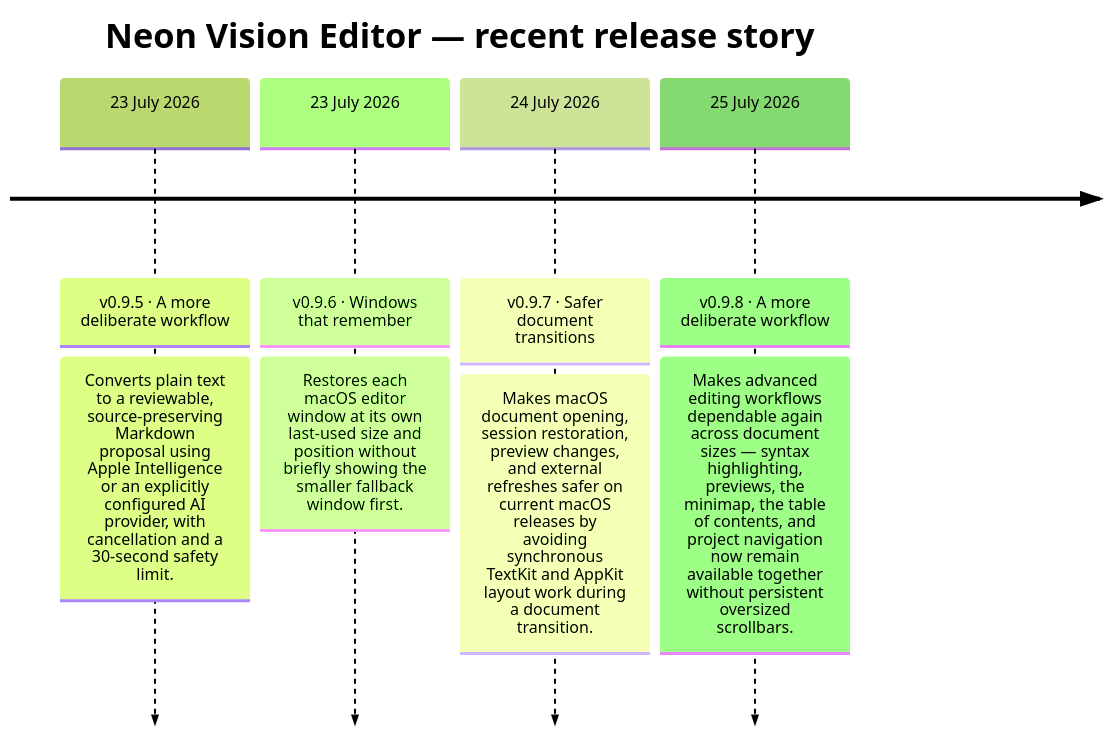
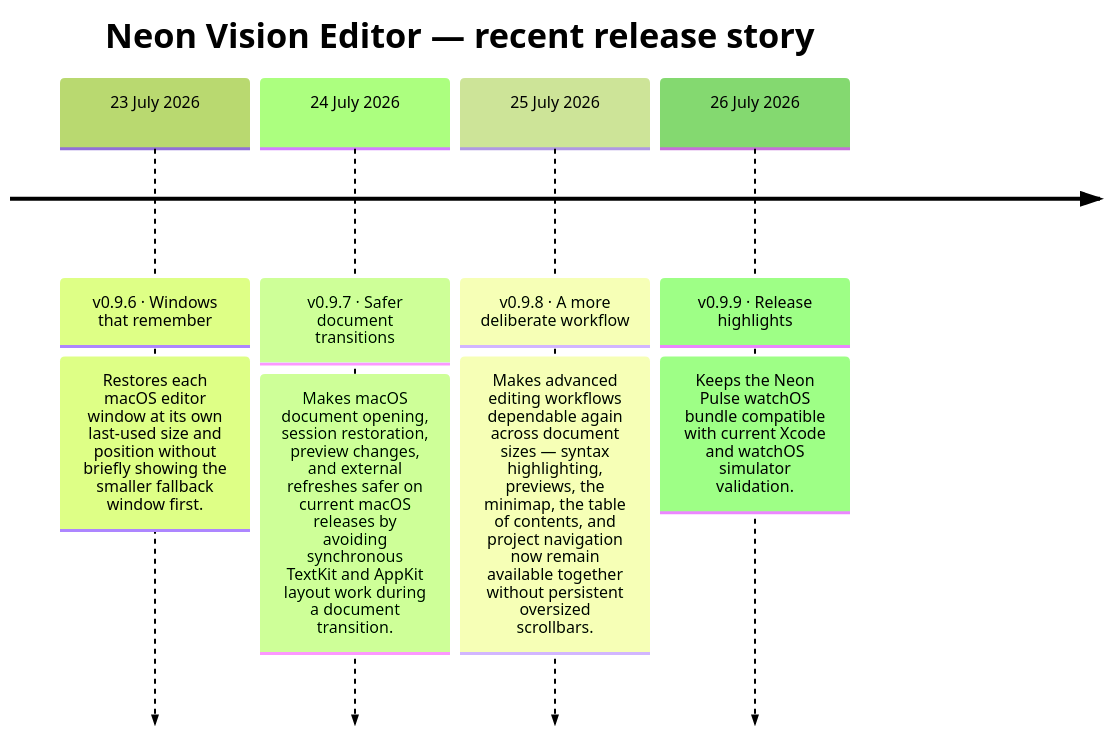
One commit to h3pdesign/Neon-Vision-Editor changed the second of 2 diagrams in README.md. Above: the diagram before and after it, drawn with Mermaid (forest theme). The commit also changed other lines of this file and 4 other files, not shown here.

````diff
--- a/README.md
+++ b/README.md
@@ -767,12 +766,12 @@
 ```mermaid
 timeline
     title Neon Vision Editor — recent release story
-    23 July 2026 : v0.9.5 · A more deliberate workflow
-                : Converts plain text to a reviewable, source-preserving Markdown proposal using Apple Intelligence or an explicitly configured AI provider, with cancellation and a 30-second safety limit.
     23 July 2026 : v0.9.6 · Windows that remember
                 : Restores each macOS editor window at its own last-used size and position without briefly showing the smaller fallback window first.
     24 July 2026 : v0.9.7 · Safer document transitions
                 : Makes macOS document opening, session restoration, preview changes, and external refreshes safer on current macOS releases by avoiding synchronous TextKit and AppKit layout work during a document transition.
     25 July 2026 : v0.9.8 · A more deliberate workflow
                 : Makes advanced editing workflows dependable again across document sizes — syntax highlighting, previews, the minimap, the table of contents, and project navigation now remain available together without persistent oversized scrollbars.
+    26 July 2026 : v0.9.9 · Release highlights
+                : Keeps the Neon Pulse watchOS bundle compatible with current Xcode and watchOS simulator validation.
 ```
````
